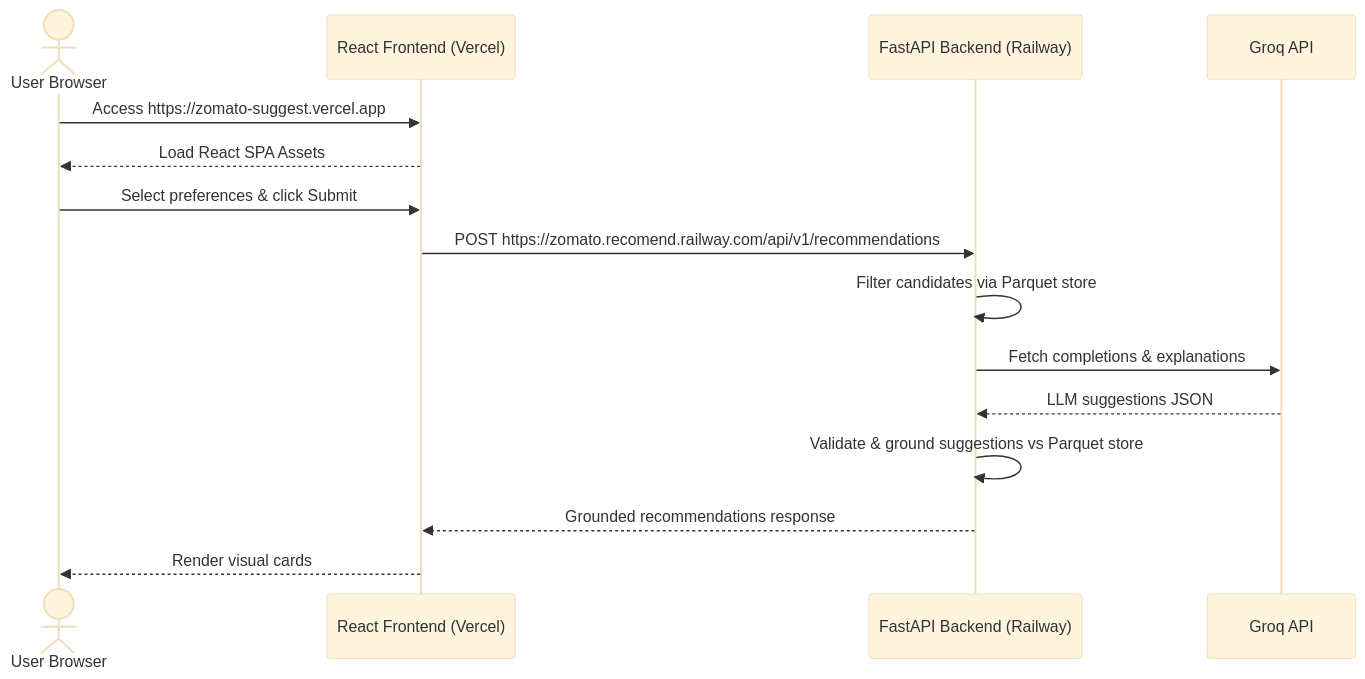
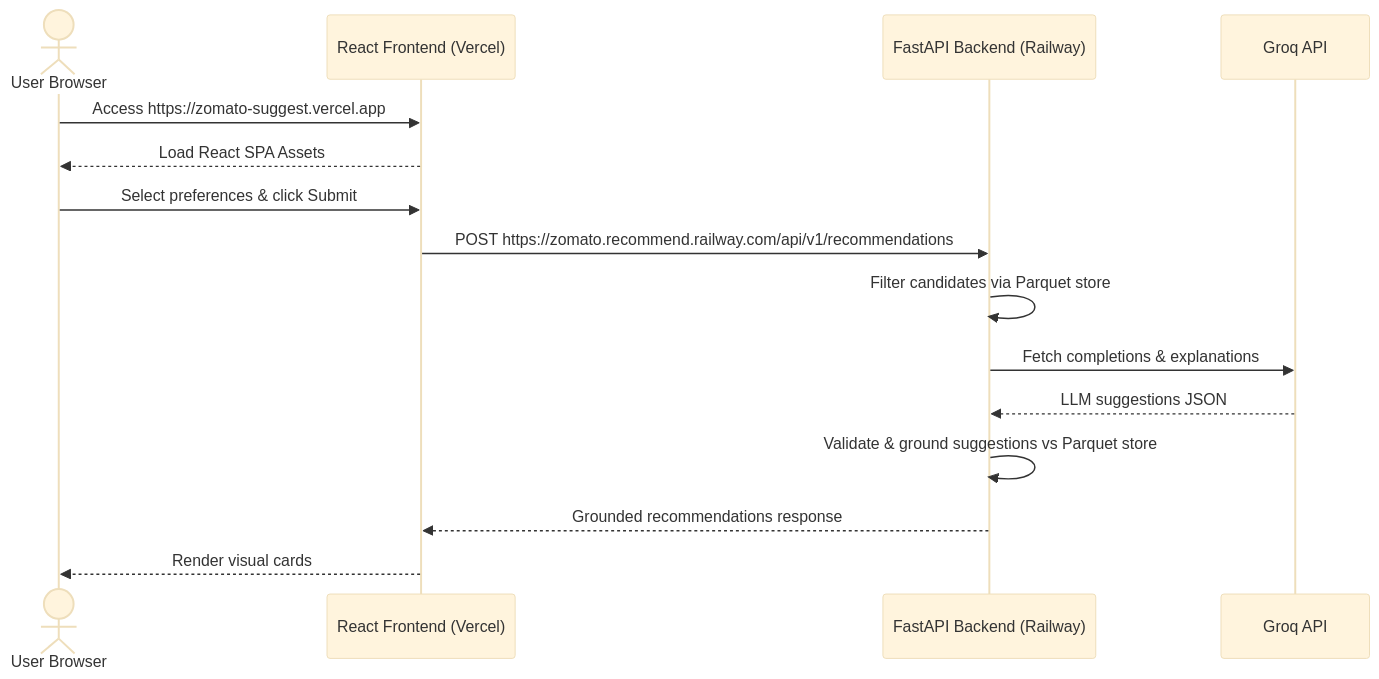
The diagram in docs/deploymentPlan.md (naikamol76/Zomato-AI-Suggest), drawn with Mermaid (base theme) before and after one commit. The commit also changed other lines of this file and 1 other file, not shown here.

Commit message:
fix: change backend URL to correct spelling with recommend

````diff
--- a/docs/deploymentPlan.md
+++ b/docs/deploymentPlan.md
@@ -12,18 +12,18 @@
 ```mermaid
 sequenceDiagram
     actor User as User Browser
     participant FE as React Frontend (Vercel)
     participant BE as FastAPI Backend (Railway)
     participant LLM as Groq API
 
     User->>FE: Access https://zomato-suggest.vercel.app
     FE-->>User: Load React SPA Assets
     User->>FE: Select preferences & click Submit
-    FE->>BE: POST https://zomato.recomend.railway.com/api/v1/recommendations
+    FE->>BE: POST https://zomato.recommend.railway.com/api/v1/recommendations
     BE->>BE: Filter candidates via Parquet store
     BE->>LLM: Fetch completions & explanations
     LLM-->>BE: LLM suggestions JSON
     BE->>BE: Validate & ground suggestions vs Parquet store
     BE-->>FE: Grounded recommendations response
     FE-->>User: Render visual cards
 ```
````
